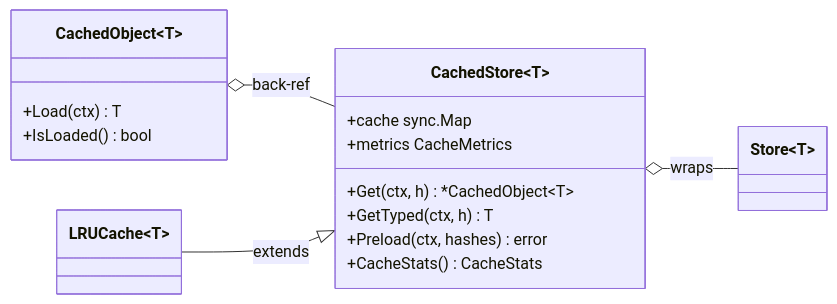
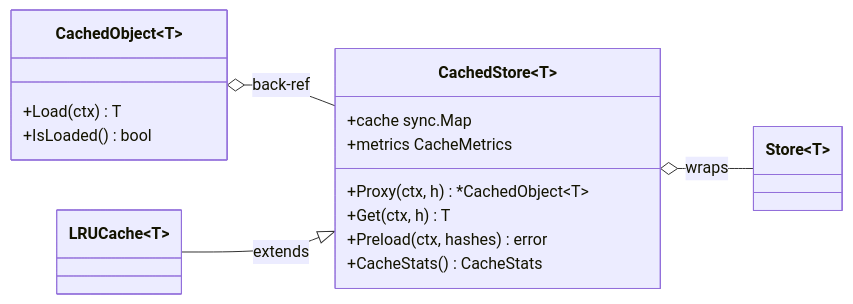
Before and after one commit to dmundt/go-cask: the fourth of 6 diagrams in .github/instructions/cas-core.instructions.md, drawn with Mermaid. The commit also changed other lines of this file and 28 other files, not shown here.

First line of the commit message:
refactor: rename GetTyped to Get; cache proxy accessor is Proxy

````diff
--- a/.github/instructions/cas-core.instructions.md
+++ b/.github/instructions/cas-core.instructions.md
@@ -294,21 +293,21 @@
 ```mermaid
 classDiagram
     direction LR
     class Store~T~
     class CachedObject~T~ {
         +Load(ctx) T
         +IsLoaded() bool
     }
     class CachedStore~T~ {
         +cache sync.Map
         +metrics CacheMetrics
-        +Get(ctx, h) *CachedObject~T~
-        +GetTyped(ctx, h) T
+        +Proxy(ctx, h) *CachedObject~T~
+        +Get(ctx, h) T
         +Preload(ctx, hashes) error
         +CacheStats() CacheStats
     }
     class LRUCache~T~
     CachedStore~T~ o-- Store~T~ : wraps
     CachedObject~T~ o-- CachedStore~T~ : back-ref
     LRUCache~T~ --|> CachedStore~T~ : extends
 ```
````
